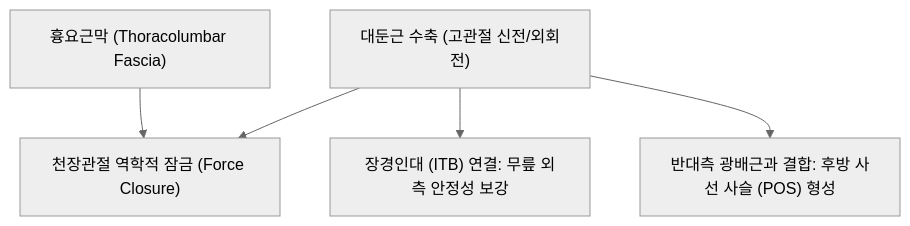
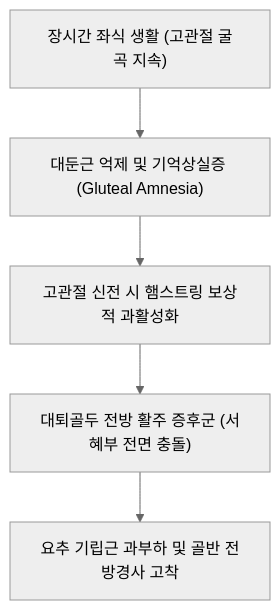
Before and after one commit to simbio11/simbio-digital-garden2: the diagram in content/1. 근골격계 공부/근육/(10) 둔부/대둔근.md, drawn with Mermaid (neutral theme). The commit also changed other lines of this file and 200 other files, not shown here.

````diff
--- a/content/1. 근골격계 공부/근육/(10) 둔부/대둔근.md
+++ b/content/1. 근골격계 공부/근육/(10) 둔부/대둔근.md
@@ -53,7 +43,7 @@
 ```mermaid
 graph TD
-    ThoracolumbarFascia["흉요근막 (Thoracolumbar Fascia)"] --> SacroiliacStability["천장관절 역학적 잠금 (Force Closure)"]
-    GluteusMaximus["대둔근 수축 (고관절 신전/외회전)"] --> SacroiliacStability
-    GluteusMaximus --> ITBConnection["장경인대 (ITB) 연결: 무릎 외측 안정성 보강"]
-    GluteusMaximus --> OppositeLatissimus["반대측 광배근과 결합: 후방 사선 사슬 (POS) 형성"]
+    SittingHabit["장시간 좌식 생활 (고관절 굴곡 지속)"] --> GluteInhibition["대둔근 억제 및 기억상실증 (Gluteal Amnesia)"]
+    GluteInhibition --> HamstringDominance["고관절 신전 시 햄스트링 보상적 과활성화"]
+    HamstringDominance --> AnteriorGlide["대퇴골두 전방 활주 증후군 (서혜부 전면 충돌)"]
+    AnteriorGlide --> LumbarOverload["요추 기립근 과부하 및 골반 전방경사 고착"]
 ```
````
